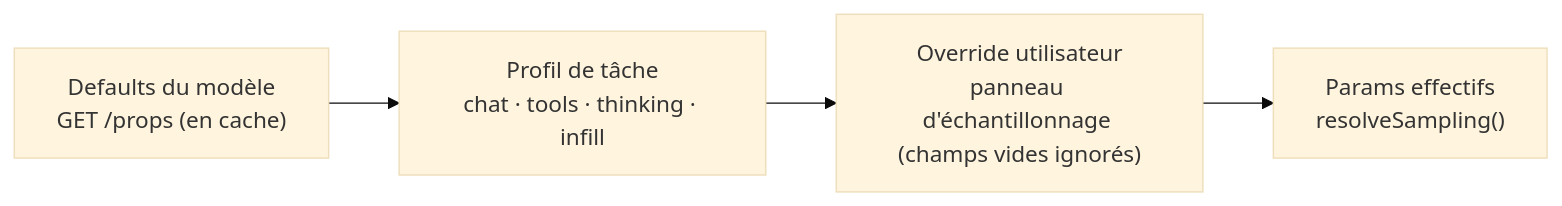
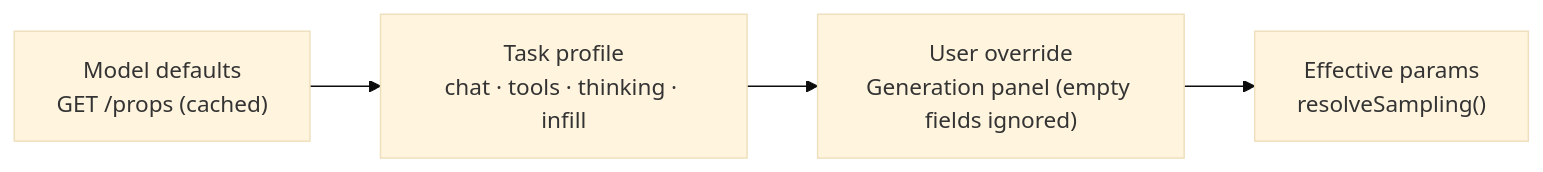
One commit to toto-fou/Elpis changed the ninth of 16 diagrams in docs/architecture.md. Above: the diagram before and after it, drawn with Mermaid (base theme). The commit also changed other lines of this file and 43 other files, not shown here.

````diff
--- a/docs/architecture.md
+++ b/docs/architecture.md
@@ -905,6 +907,6 @@
 ```mermaid
 flowchart LR
-    A["Defaults du modèle<br/>GET /props (en cache)"] --> B["Profil de tâche<br/>chat · tools · thinking · infill"]
-    B --> C["Override utilisateur<br/>panneau d'échantillonnage (champs vides ignorés)"]
-    C --> D["Params effectifs<br/>resolveSampling()"]
+    A["Model defaults<br/>GET /props (cached)"] --> B["Task profile<br/>chat · tools · thinking · infill"]
+    B --> C["User override<br/>Generation panel (empty fields ignored)"]
+    C --> D["Effective params<br/>resolveSampling()"]
 ```
````
